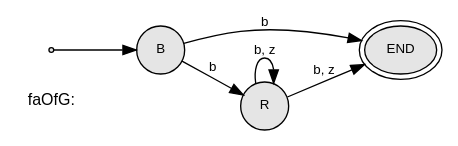
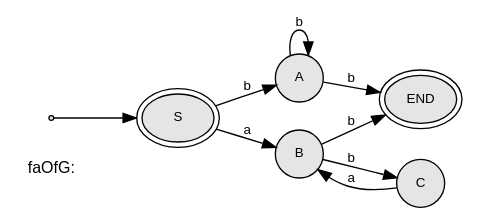
The diagram in UE03/src/faOfG.gv (seventinnine/FCW1), drawn with Graphviz before and after one commit. The commit also changed 11 other files, not shown here.

```diff
--- a/UE03/src/faOfG.gv
+++ b/UE03/src/faOfG.gv
@@ -1,17 +1,20 @@
 digraph finite_state_machine {
 
   rankdir = LR;
 
   node [fontname = Arial fontsize = 10 style = filled fillcolor = gray90]
   "faOfG:" [shape = none style = "" fontsize = 12];
   node [shape = point]; START; // shape for START node
-  node [shape = ellipse peripheries = 2] "END"; // shape for final nodes
+  node [shape = ellipse peripheries = 2] "END" "S"; // shape for final nodes
   node [shape = circle peripheries = 1];  // shape for non-final nodes
-  START -> "B";
+  START -> "S";
 
+  "S" -> "A" [label = "b" fontname = Arial fontsize = 10]; 
+  "S" -> "B" [label = "a" fontname = Arial fontsize = 10]; 
+  "B" -> "C" [label = "b" fontname = Arial fontsize = 10]; 
   "B" -> "END" [label = "b" fontname = Arial fontsize = 10]; 
-  "B" -> "R" [label = "b" fontname = Arial fontsize = 10]; 
-  "R" -> "END" [label = "b, z" fontname = Arial fontsize = 10]; 
-  "R" -> "R" [label = "b, z" fontname = Arial fontsize = 10]; 
+  "A" -> "A" [label = "b" fontname = Arial fontsize = 10]; 
+  "A" -> "END" [label = "b" fontname = Arial fontsize = 10]; 
+  "C" -> "B" [label = "a" fontname = Arial fontsize = 10]; 
 
 }
```
